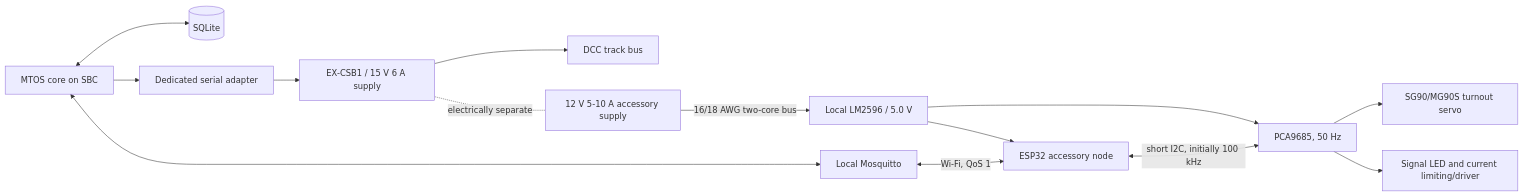
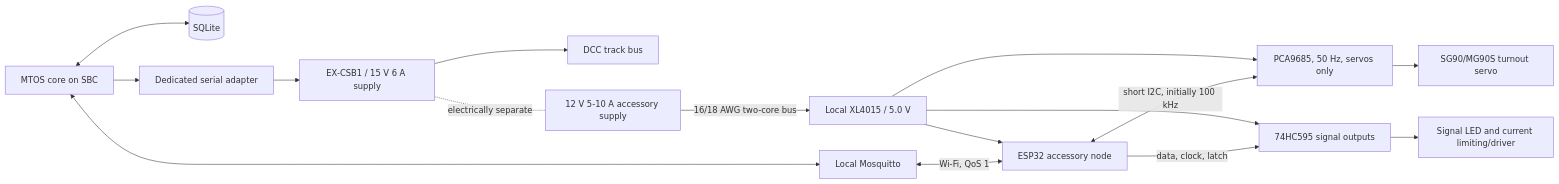
One commit to snehasiss/mtos changed the diagram in docs/architecture/layout-automation.md. Above: the diagram before and after it, drawn with Mermaid. The commit also changed other lines of this file and 8 other files, not shown here.

````diff
--- a/docs/architecture/layout-automation.md
+++ b/docs/architecture/layout-automation.md
@@ -12,27 +12,30 @@
 ```mermaid
 flowchart LR
     Core[MTOS core on SBC]
     DB[(SQLite)]
     Serial[Dedicated serial adapter]
     CSB[EX-CSB1 / 15 V 6 A supply]
     Track[DCC track bus]
     MQTT[Local Mosquitto]
     Node[ESP32 accessory node]
-    PWM[PCA9685, 50 Hz]
+    PWM[PCA9685, 50 Hz, servos only]
+    Shift[74HC595 signal outputs]
     Servo[SG90/MG90S turnout servo]
     Signal[Signal LED and current limiting/driver]
     Supply[12 V 5-10 A accessory supply]
-    Buck[Local LM2596 / 5.0 V]
+    Buck[Local XL4015 / 5.0 V]
 
     Core <--> DB
     Core --> Serial --> CSB --> Track
     Core <--> MQTT
     MQTT <-->|Wi-Fi, QoS 1| Node
     Node <-->|short I2C, initially 100 kHz| PWM
+    Node -->|data, clock, latch| Shift
     PWM --> Servo
-    PWM --> Signal
+    Shift --> Signal
     Supply -->|16/18 AWG two-core bus| Buck
     Buck --> Node
     Buck --> PWM
+    Buck --> Shift
     CSB -. electrically separate .- Supply
 ```
````
